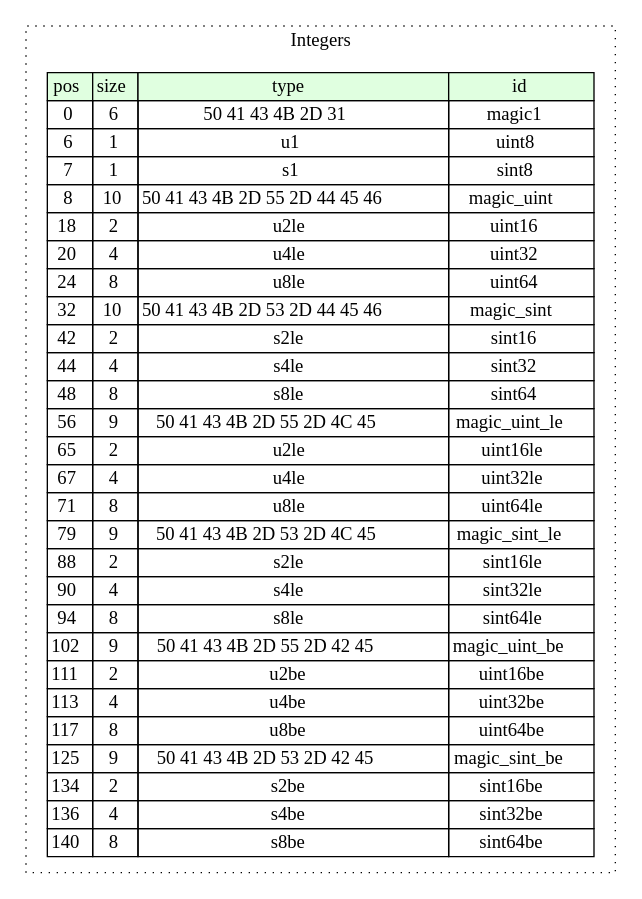
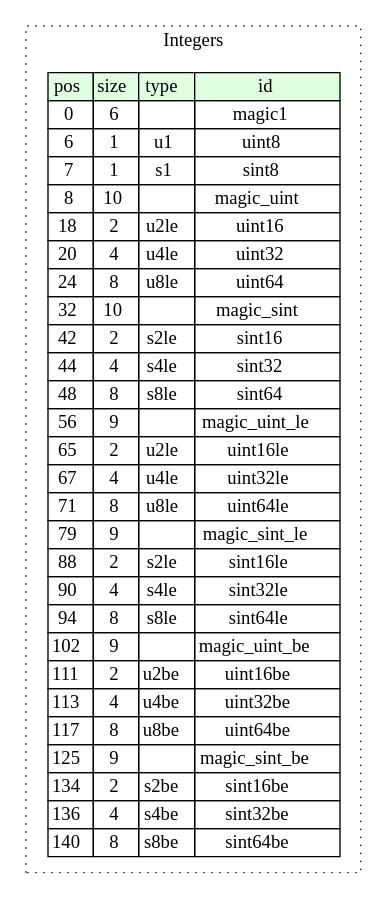
The diagram in compiled/graphviz/integers.dot (kaitai-io/ci_targets), drawn with Graphviz before and after one commit. The commit also changed 59 other files, not shown here.

```diff
--- a/compiled/graphviz/integers.dot
+++ b/compiled/graphviz/integers.dot
@@ -1,39 +1,39 @@
 digraph {
 	rankdir=LR;
 	node [shape=plaintext];
 	subgraph cluster__integers {
 		label="Integers";
 		graph[style=dotted];
 
 		integers__seq [label=<<TABLE BORDER="0" CELLBORDER="1" CELLSPACING="0">
 			<TR><TD BGCOLOR="#E0FFE0">pos</TD><TD BGCOLOR="#E0FFE0">size</TD><TD BGCOLOR="#E0FFE0">type</TD><TD BGCOLOR="#E0FFE0">id</TD></TR>
-			<TR><TD PORT="magic1_pos">0</TD><TD PORT="magic1_size">6</TD><TD>50 41 43 4B 2D 31</TD><TD PORT="magic1_type">magic1</TD></TR>
+			<TR><TD PORT="magic1_pos">0</TD><TD PORT="magic1_size">6</TD><TD></TD><TD PORT="magic1_type">magic1</TD></TR>
 			<TR><TD PORT="uint8_pos">6</TD><TD PORT="uint8_size">1</TD><TD>u1</TD><TD PORT="uint8_type">uint8</TD></TR>
 			<TR><TD PORT="sint8_pos">7</TD><TD PORT="sint8_size">1</TD><TD>s1</TD><TD PORT="sint8_type">sint8</TD></TR>
-			<TR><TD PORT="magic_uint_pos">8</TD><TD PORT="magic_uint_size">10</TD><TD>50 41 43 4B 2D 55 2D 44 45 46</TD><TD PORT="magic_uint_type">magic_uint</TD></TR>
+			<TR><TD PORT="magic_uint_pos">8</TD><TD PORT="magic_uint_size">10</TD><TD></TD><TD PORT="magic_uint_type">magic_uint</TD></TR>
 			<TR><TD PORT="uint16_pos">18</TD><TD PORT="uint16_size">2</TD><TD>u2le</TD><TD PORT="uint16_type">uint16</TD></TR>
 			<TR><TD PORT="uint32_pos">20</TD><TD PORT="uint32_size">4</TD><TD>u4le</TD><TD PORT="uint32_type">uint32</TD></TR>
 			<TR><TD PORT="uint64_pos">24</TD><TD PORT="uint64_size">8</TD><TD>u8le</TD><TD PORT="uint64_type">uint64</TD></TR>
-			<TR><TD PORT="magic_sint_pos">32</TD><TD PORT="magic_sint_size">10</TD><TD>50 41 43 4B 2D 53 2D 44 45 46</TD><TD PORT="magic_sint_type">magic_sint</TD></TR>
+			<TR><TD PORT="magic_sint_pos">32</TD><TD PORT="magic_sint_size">10</TD><TD></TD><TD PORT="magic_sint_type">magic_sint</TD></TR>
 			<TR><TD PORT="sint16_pos">42</TD><TD PORT="sint16_size">2</TD><TD>s2le</TD><TD PORT="sint16_type">sint16</TD></TR>
 			<TR><TD PORT="sint32_pos">44</TD><TD PORT="sint32_size">4</TD><TD>s4le</TD><TD PORT="sint32_type">sint32</TD></TR>
 			<TR><TD PORT="sint64_pos">48</TD><TD PORT="sint64_size">8</TD><TD>s8le</TD><TD PORT="sint64_type">sint64</TD></TR>
-			<TR><TD PORT="magic_uint_le_pos">56</TD><TD PORT="magic_uint_le_size">9</TD><TD>50 41 43 4B 2D 55 2D 4C 45</TD><TD PORT="magic_uint_le_type">magic_uint_le</TD></TR>
+			<TR><TD PORT="magic_uint_le_pos">56</TD><TD PORT="magic_uint_le_size">9</TD><TD></TD><TD PORT="magic_uint_le_type">magic_uint_le</TD></TR>
 			<TR><TD PORT="uint16le_pos">65</TD><TD PORT="uint16le_size">2</TD><TD>u2le</TD><TD PORT="uint16le_type">uint16le</TD></TR>
 			<TR><TD PORT="uint32le_pos">67</TD><TD PORT="uint32le_size">4</TD><TD>u4le</TD><TD PORT="uint32le_type">uint32le</TD></TR>
 			<TR><TD PORT="uint64le_pos">71</TD><TD PORT="uint64le_size">8</TD><TD>u8le</TD><TD PORT="uint64le_type">uint64le</TD></TR>
-			<TR><TD PORT="magic_sint_le_pos">79</TD><TD PORT="magic_sint_le_size">9</TD><TD>50 41 43 4B 2D 53 2D 4C 45</TD><TD PORT="magic_sint_le_type">magic_sint_le</TD></TR>
+			<TR><TD PORT="magic_sint_le_pos">79</TD><TD PORT="magic_sint_le_size">9</TD><TD></TD><TD PORT="magic_sint_le_type">magic_sint_le</TD></TR>
 			<TR><TD PORT="sint16le_pos">88</TD><TD PORT="sint16le_size">2</TD><TD>s2le</TD><TD PORT="sint16le_type">sint16le</TD></TR>
 			<TR><TD PORT="sint32le_pos">90</TD><TD PORT="sint32le_size">4</TD><TD>s4le</TD><TD PORT="sint32le_type">sint32le</TD></TR>
 			<TR><TD PORT="sint64le_pos">94</TD><TD PORT="sint64le_size">8</TD><TD>s8le</TD><TD PORT="sint64le_type">sint64le</TD></TR>
-			<TR><TD PORT="magic_uint_be_pos">102</TD><TD PORT="magic_uint_be_size">9</TD><TD>50 41 43 4B 2D 55 2D 42 45</TD><TD PORT="magic_uint_be_type">magic_uint_be</TD></TR>
+			<TR><TD PORT="magic_uint_be_pos">102</TD><TD PORT="magic_uint_be_size">9</TD><TD></TD><TD PORT="magic_uint_be_type">magic_uint_be</TD></TR>
 			<TR><TD PORT="uint16be_pos">111</TD><TD PORT="uint16be_size">2</TD><TD>u2be</TD><TD PORT="uint16be_type">uint16be</TD></TR>
 			<TR><TD PORT="uint32be_pos">113</TD><TD PORT="uint32be_size">4</TD><TD>u4be</TD><TD PORT="uint32be_type">uint32be</TD></TR>
 			<TR><TD PORT="uint64be_pos">117</TD><TD PORT="uint64be_size">8</TD><TD>u8be</TD><TD PORT="uint64be_type">uint64be</TD></TR>
-			<TR><TD PORT="magic_sint_be_pos">125</TD><TD PORT="magic_sint_be_size">9</TD><TD>50 41 43 4B 2D 53 2D 42 45</TD><TD PORT="magic_sint_be_type">magic_sint_be</TD></TR>
+			<TR><TD PORT="magic_sint_be_pos">125</TD><TD PORT="magic_sint_be_size">9</TD><TD></TD><TD PORT="magic_sint_be_type">magic_sint_be</TD></TR>
 			<TR><TD PORT="sint16be_pos">134</TD><TD PORT="sint16be_size">2</TD><TD>s2be</TD><TD PORT="sint16be_type">sint16be</TD></TR>
 			<TR><TD PORT="sint32be_pos">136</TD><TD PORT="sint32be_size">4</TD><TD>s4be</TD><TD PORT="sint32be_type">sint32be</TD></TR>
 			<TR><TD PORT="sint64be_pos">140</TD><TD PORT="sint64be_size">8</TD><TD>s8be</TD><TD PORT="sint64be_type">sint64be</TD></TR>
 		</TABLE>>];
 	}
 }
```
